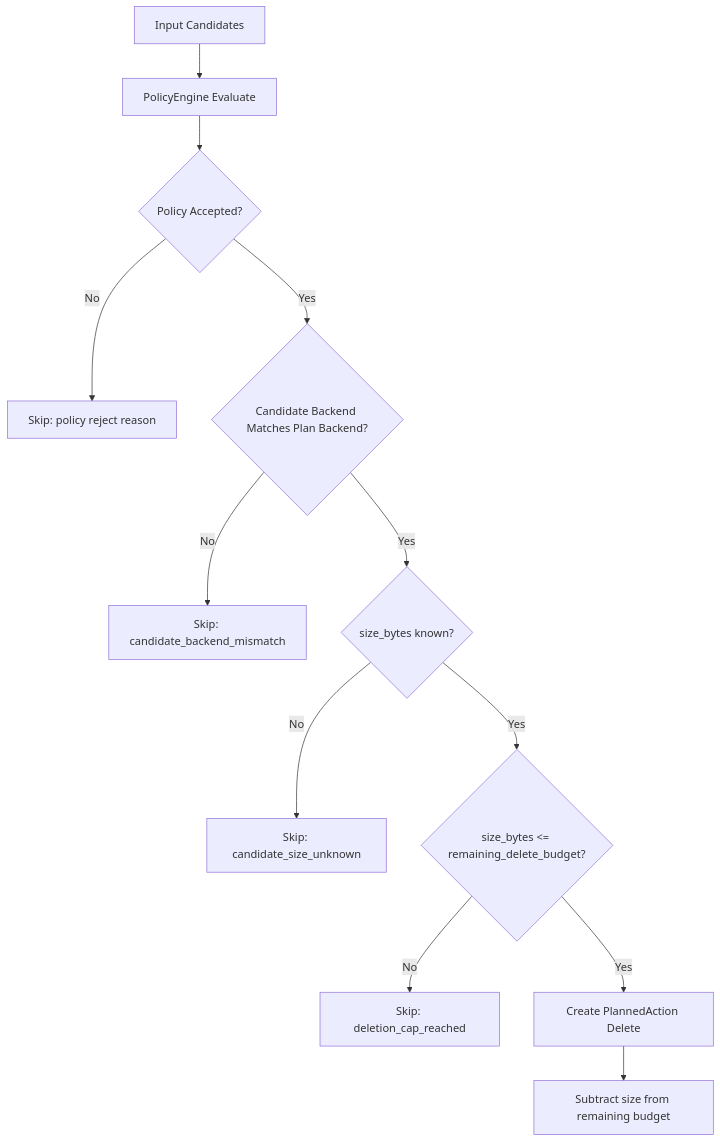
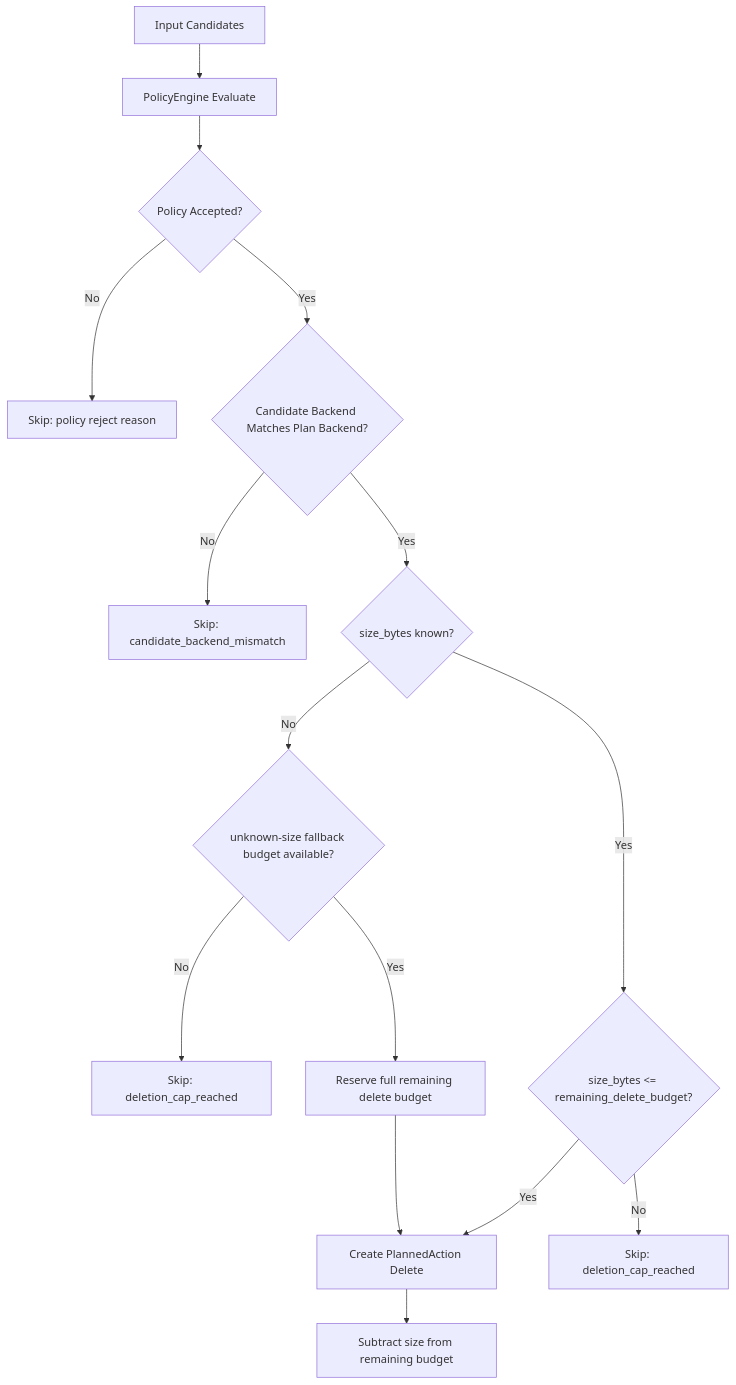
The first of 3 diagrams in flowcharts/cleanup-planning-and-execution.md (vivekvedant/prune-guard), drawn with Mermaid before and after one commit. The commit also changed 10 other files, not shown here.

````diff
--- a/flowcharts/cleanup-planning-and-execution.md
+++ b/flowcharts/cleanup-planning-and-execution.md
@@ -7,14 +7,17 @@
 ```mermaid
 flowchart TD
     A[Input Candidates] --> B[PolicyEngine Evaluate]
     B --> C{Policy Accepted?}
     C -- No --> R1[Skip: policy reject reason]
     C -- Yes --> D{Candidate Backend Matches Plan Backend?}
     D -- No --> R2[Skip: candidate_backend_mismatch]
     D -- Yes --> E{size_bytes known?}
-    E -- No --> R3[Skip: candidate_size_unknown]
+    E -- No --> E1{unknown-size fallback budget available?}
+    E1 -- No --> R3[Skip: deletion_cap_reached]
+    E1 -- Yes --> E2[Reserve full remaining delete budget]
+    E2 --> G
     E -- Yes --> F{size_bytes <= remaining_delete_budget?}
     F -- No --> R4[Skip: deletion_cap_reached]
     F -- Yes --> G[Create PlannedAction Delete]
     G --> H[Subtract size from remaining budget]
 ```
````
